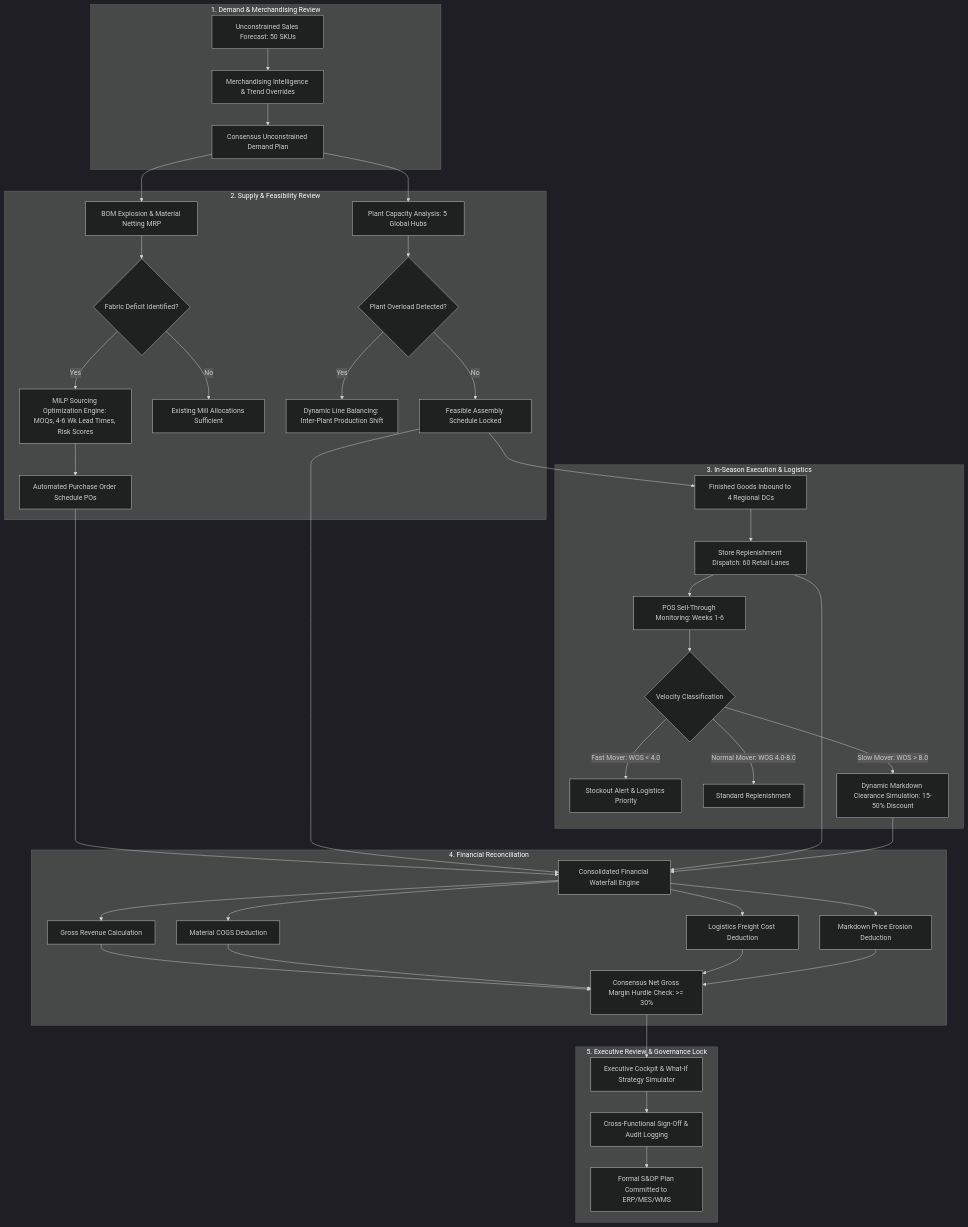
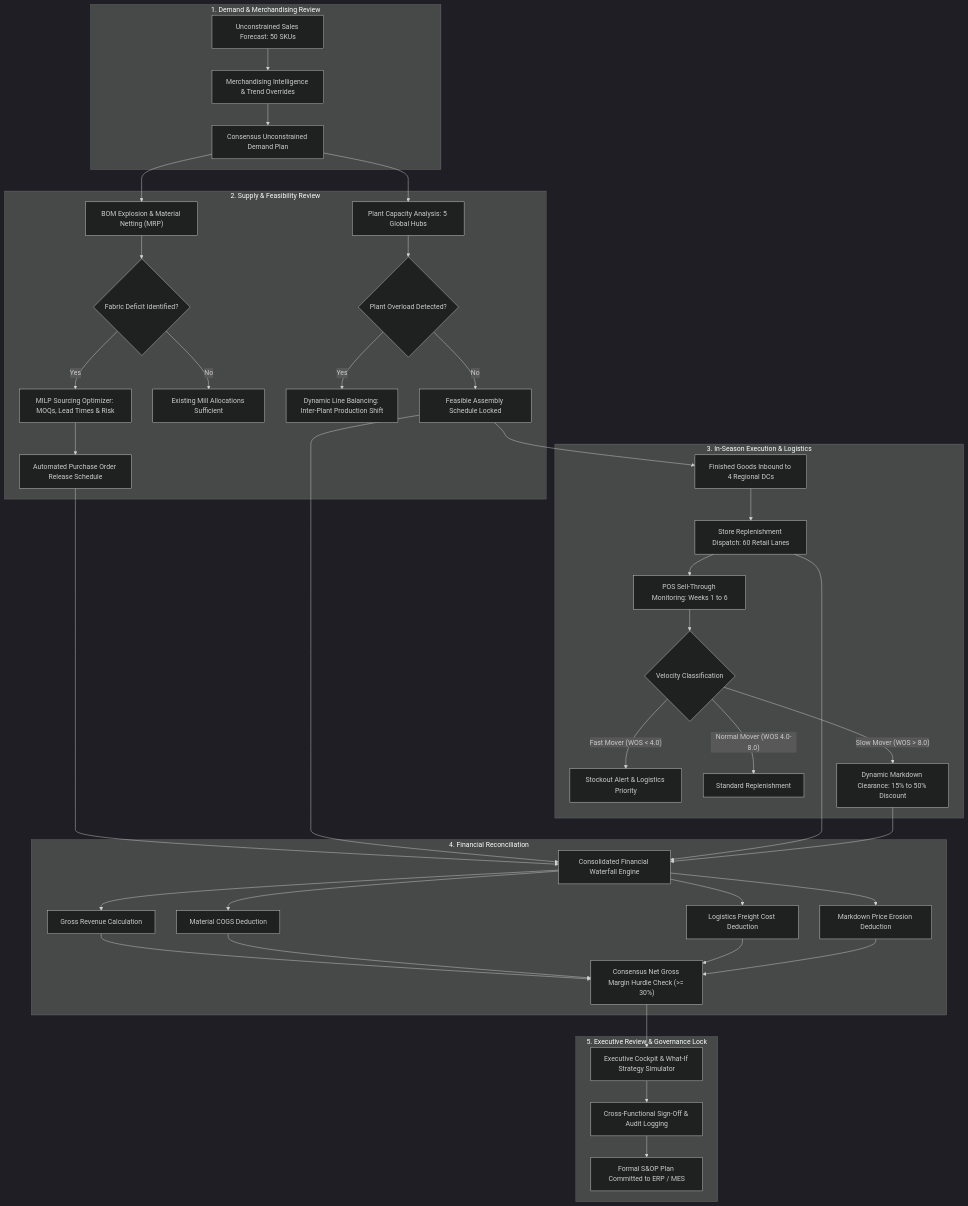
One commit to notsooamit/trendwear-integrated-sop changed the first of 8 diagrams in docs/BUSINESS_FLOW_SPECIFICATION.md. Above: the diagram before and after it, drawn with Mermaid (dark theme). The commit also changed other lines of this file and 3 other files, not shown here.

Commit message:
fix(docs): quote Mermaid node labels and format KaTeX mathematical formulas for GitHub rendering

````diff
--- a/docs/BUSINESS_FLOW_SPECIFICATION.md
+++ b/docs/BUSINESS_FLOW_SPECIFICATION.md
@@ -24,45 +24,45 @@
 ```mermaid
 flowchart TD
-    subgraph STAGE_1 [1. Demand & Merchandising Review]
-        D1[Unconstrained Sales Forecast: 50 SKUs] --> D2[Merchandising Intelligence & Trend Overrides]
-        D2 --> D3[Consensus Unconstrained Demand Plan]
+    subgraph STAGE_1 ["1. Demand & Merchandising Review"]
+        D1["Unconstrained Sales Forecast: 50 SKUs"] --> D2["Merchandising Intelligence & Trend Overrides"]
+        D2 --> D3["Consensus Unconstrained Demand Plan"]
     end
 
-    subgraph STAGE_2 [2. Supply & Feasibility Review]
-        D3 --> S1[BOM Explosion & Material Netting MRP]
-        S1 --> S2{Fabric Deficit Identified?}
-        S2 -- Yes --> S3[MILP Sourcing Optimization Engine: MOQs, 4-6 Wk Lead Times, Risk Scores]
-        S3 --> S4[Automated Purchase Order Schedule POs]
-        S2 -- No --> S5[Existing Mill Allocations Sufficient]
+    subgraph STAGE_2 ["2. Supply & Feasibility Review"]
+        D3 --> S1["BOM Explosion & Material Netting (MRP)"]
+        S1 --> S2{"Fabric Deficit Identified?"}
+        S2 -- Yes --> S3["MILP Sourcing Optimizer: MOQs, Lead Times & Risk"]
+        S3 --> S4["Automated Purchase Order Release Schedule"]
+        S2 -- No --> S5["Existing Mill Allocations Sufficient"]
         
-        D3 --> P1[Plant Capacity Analysis: 5 Global Hubs]
-        P1 --> P2{Plant Overload Detected?}
-        P2 -- Yes --> P3[Dynamic Line Balancing: Inter-Plant Production Shift]
-        P2 -- No --> P4[Feasible Assembly Schedule Locked]
+        D3 --> P1["Plant Capacity Analysis: 5 Global Hubs"]
+        P1 --> P2{"Plant Overload Detected?"}
+        P2 -- Yes --> P3["Dynamic Line Balancing: Inter-Plant Production Shift"]
+        P2 -- No --> P4["Feasible Assembly Schedule Locked"]
     end
 
-    subgraph STAGE_3 [3. In-Season Execution & Logistics]
-        P4 --> L1[Finished Goods Inbound to 4 Regional DCs]
-        L1 --> L2[Store Replenishment Dispatch: 60 Retail Lanes]
-        L2 --> M1[POS Sell-Through Monitoring: Weeks 1-6]
-        M1 --> M2{Velocity Classification}
-        M2 -- Fast Mover: WOS < 4.0 --> M3[Stockout Alert & Logistics Priority]
-        M2 -- Normal Mover: WOS 4.0-8.0 --> M4[Standard Replenishment]
-        M2 -- Slow Mover: WOS > 8.0 --> M5[Dynamic Markdown Clearance Simulation: 15-50% Discount]
+    subgraph STAGE_3 ["3. In-Season Execution & Logistics"]
+        P4 --> L1["Finished Goods Inbound to 4 Regional DCs"]
+        L1 --> L2["Store Replenishment Dispatch: 60 Retail Lanes"]
+        L2 --> M1["POS Sell-Through Monitoring: Weeks 1 to 6"]
+        M1 --> M2{"Velocity Classification"}
+        M2 -- "Fast Mover (WOS < 4.0)" --> M3["Stockout Alert & Logistics Priority"]
+        M2 -- "Normal Mover (WOS 4.0-8.0)" --> M4["Standard Replenishment"]
+        M2 -- "Slow Mover (WOS > 8.0)" --> M5["Dynamic Markdown Clearance: 15% to 50% Discount"]
     end
 
-    subgraph STAGE_4 [4. Financial Reconciliation]
-        S4 & P4 & L2 & M5 --> F1[Consolidated Financial Waterfall Engine]
-        F1 --> F2[Gross Revenue Calculation]
-        F1 --> F3[Material COGS Deduction]
-        F1 --> F4[Logistics Freight Cost Deduction]
-        F1 --> F5[Markdown Price Erosion Deduction]
-        F2 & F3 & F4 & F5 --> F6[Consensus Net Gross Margin Hurdle Check: >= 30%]
+    subgraph STAGE_4 ["4. Financial Reconciliation"]
+        S4 & P4 & L2 & M5 --> F1["Consolidated Financial Waterfall Engine"]
+        F1 --> F2["Gross Revenue Calculation"]
+        F1 --> F3["Material COGS Deduction"]
+        F1 --> F4["Logistics Freight Cost Deduction"]
+        F1 --> F5["Markdown Price Erosion Deduction"]
+        F2 & F3 & F4 & F5 --> F6["Consensus Net Gross Margin Hurdle Check (>= 30%)"]
     end
 
-    subgraph STAGE_5 [5. Executive Review & Governance Lock]
-        F6 --> E1[Executive Cockpit & What-If Strategy Simulator]
-        E1 --> E2[Cross-Functional Sign-Off & Audit Logging]
-        E2 --> E3[Formal S&OP Plan Committed to ERP/MES/WMS]
+    subgraph STAGE_5 ["5. Executive Review & Governance Lock"]
+        F6 --> E1["Executive Cockpit & What-If Strategy Simulator"]
+        E1 --> E2["Cross-Functional Sign-Off & Audit Logging"]
+        E2 --> E3["Formal S&OP Plan Committed to ERP / MES"]
     end
 ```
````
